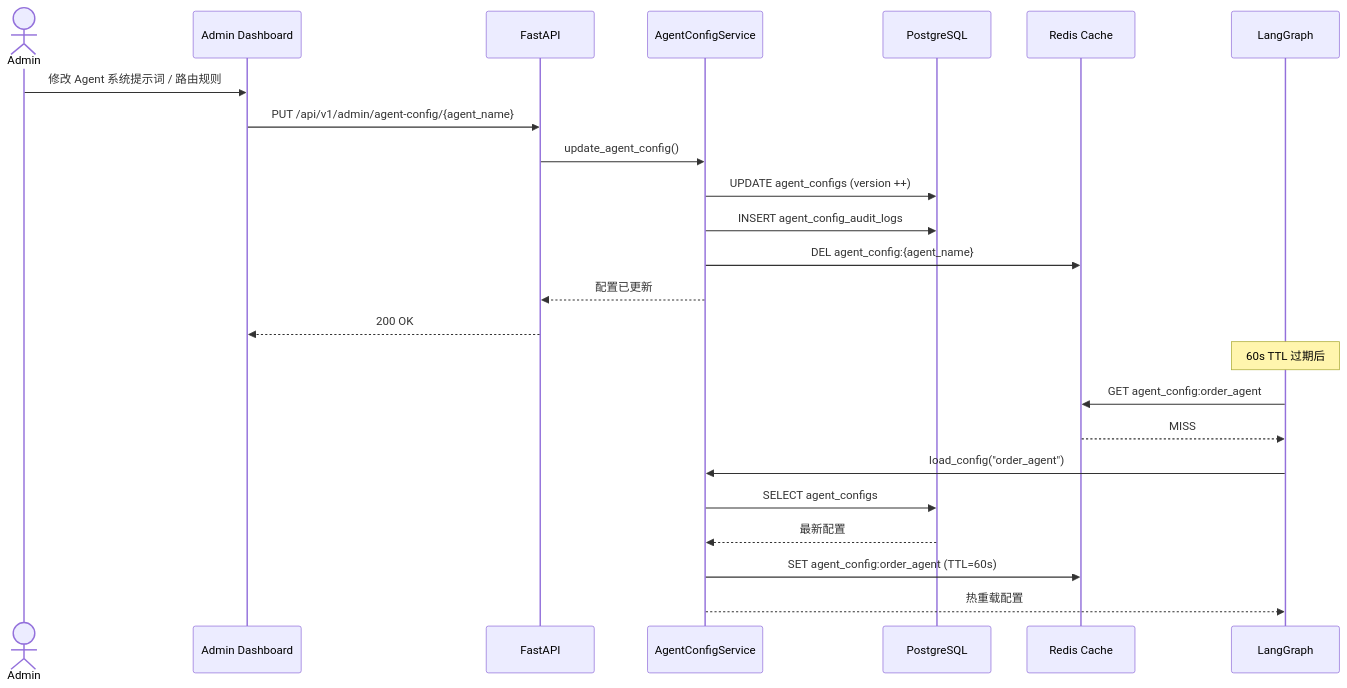
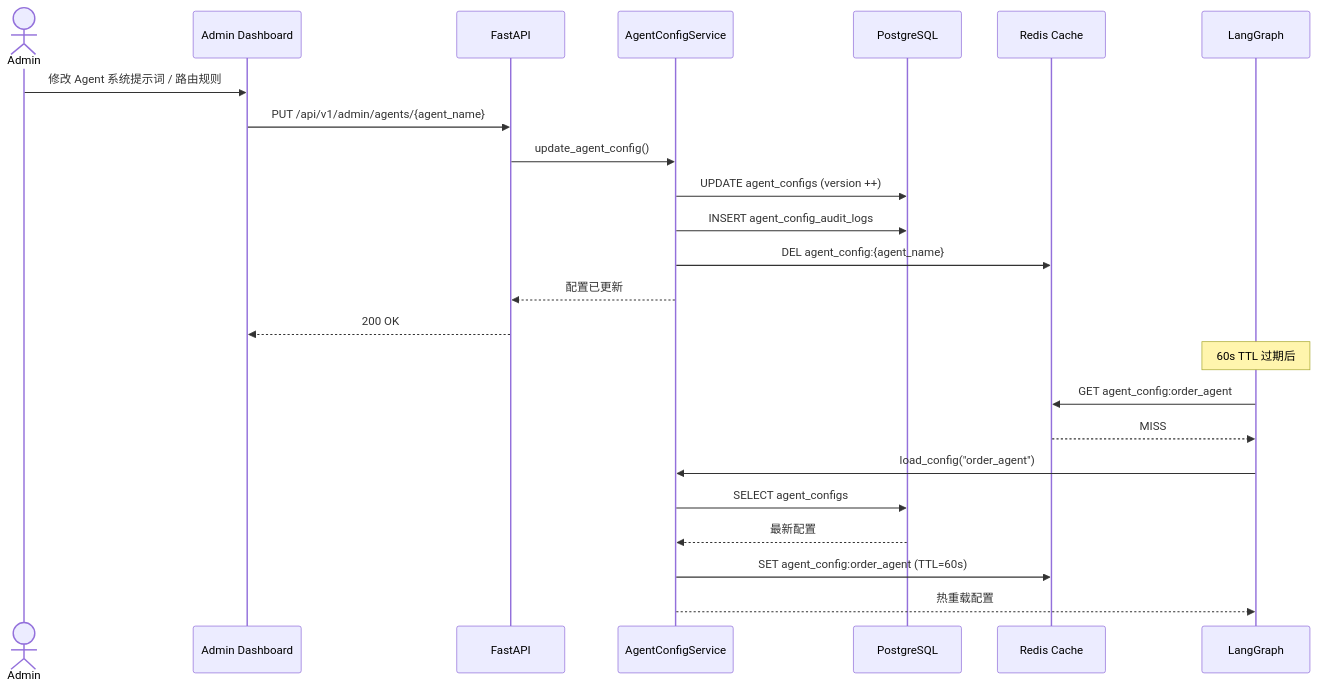
One commit to Mr-ZeLong/E-commerce-Smart-Agent changed diagram 12 of 14 in architecture.md. Above: the diagram before and after it, drawn with Mermaid. The commit also changed other lines of this file and 7 other files, not shown here.

First line of the commit message:
docs: align README, architecture, and env docs with actual codebase

````diff
--- a/architecture.md
+++ b/architecture.md
@@ -763,28 +870,28 @@
 ```mermaid
 sequenceDiagram
     actor Admin
     participant ADM as Admin Dashboard
     participant API as FastAPI
     participant Svc as AgentConfigService
     participant DB as PostgreSQL
     participant Cache as Redis Cache
     participant Graph as LangGraph
 
     Admin->>ADM: 修改 Agent 系统提示词 / 路由规则
-    ADM->>API: PUT /api/v1/admin/agent-config/{agent_name}
+    ADM->>API: PUT /api/v1/admin/agents/{agent_name}
     API->>Svc: update_agent_config()
     Svc->>DB: UPDATE agent_configs (version ++)
     Svc->>DB: INSERT agent_config_audit_logs
     Svc->>Cache: DEL agent_config:{agent_name}
     Svc-->>API: 配置已更新
     API-->>ADM: 200 OK
 
     Note over Graph: 60s TTL 过期后
     Graph->>Cache: GET agent_config:order_agent
     Cache-->>Graph: MISS
     Graph->>Svc: load_config("order_agent")
     Svc->>DB: SELECT agent_configs
     DB-->>Svc: 最新配置
     Svc->>Cache: SET agent_config:order_agent (TTL=60s)
     Svc-->>Graph: 热重载配置
 ```
````
